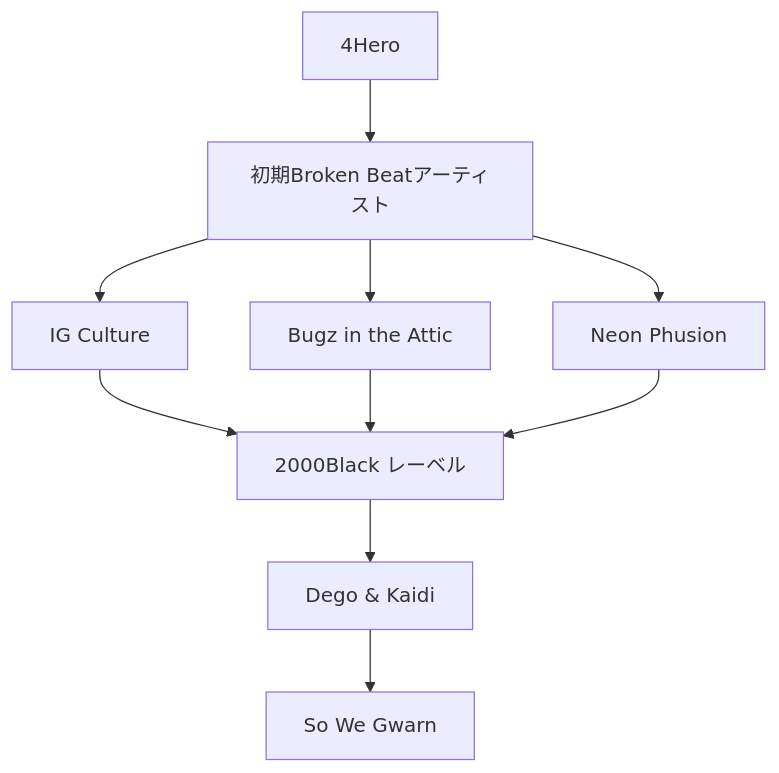
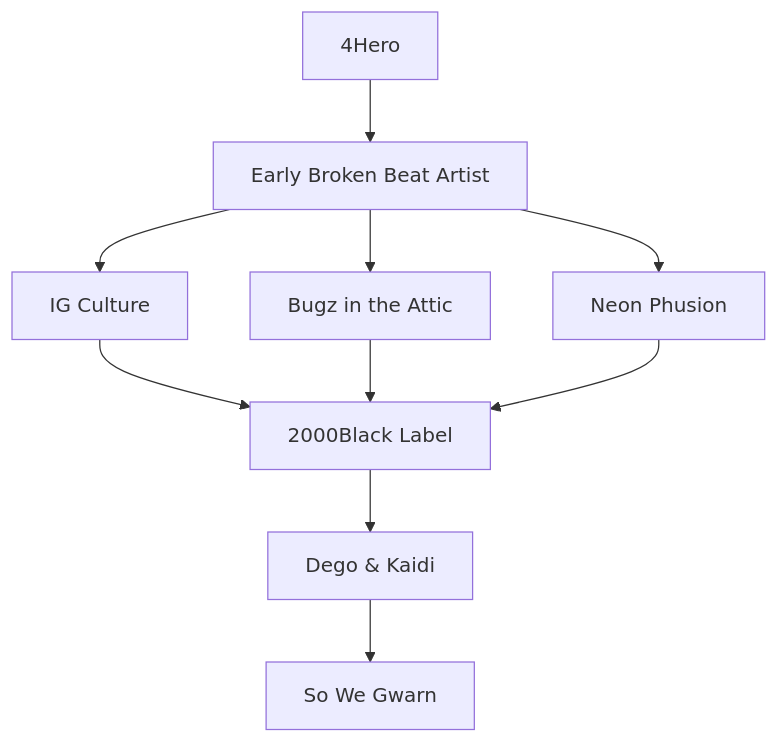
The first of 4 diagrams in en/_posts/2025-11-28-column-dego-kaidi-so-we-gwarn.md (monumental-movement/monumental-movement.github.io), drawn with Mermaid before and after one commit. The commit also changed other lines of this file and 801 other files, not shown here.

```diff
--- a/en/_posts/2025-11-28-column-dego-kaidi-so-we-gwarn.md
+++ b/en/_posts/2025-11-28-column-dego-kaidi-so-we-gwarn.md
@@ -33,10 +33,10 @@
 <div class="mermaid">
 flowchart TD
-    A["4Hero"] --> B["初期Broken Beatアーティスト"]
+    A["4Hero"] --> B["Early Broken Beat Artist"]
     B --> C["IG Culture"]
     B --> D["Bugz in the Attic"]
     B --> E["Neon Phusion"]
-    C & D & E --> F["2000Black レーベル"]
+    C & D & E --> F["2000Black Label"]
     F --> G["Dego & Kaidi"]
     G --> H["So We Gwarn"]
 </div>
```
